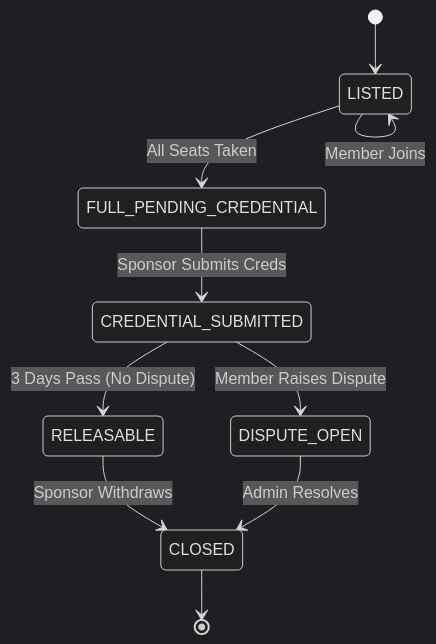
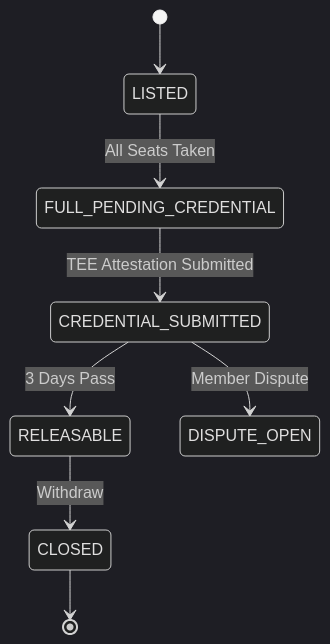
One commit to Easycoder-lin/CHU changed the second of 2 diagrams in apps/frontend/API_REQUIREMENTS.md. Above: the diagram before and after it, drawn with Mermaid (dark theme). The commit also changed other lines of this file, not shown here.

````diff
--- a/apps/frontend/API_REQUIREMENTS.md
+++ b/apps/frontend/API_REQUIREMENTS.md
@@ -169,12 +206,10 @@
 ```mermaid
 stateDiagram-v2
     [*] --> LISTED
-    LISTED --> LISTED: Member Joins
     LISTED --> FULL_PENDING_CREDENTIAL: All Seats Taken
-    FULL_PENDING_CREDENTIAL --> CREDENTIAL_SUBMITTED: Sponsor Submits Creds
-    CREDENTIAL_SUBMITTED --> RELEASABLE: 3 Days Pass (No Dispute)
-    CREDENTIAL_SUBMITTED --> DISPUTE_OPEN: Member Raises Dispute
-    RELEASABLE --> CLOSED: Sponsor Withdraws
-    DISPUTE_OPEN --> CLOSED: Admin Resolves
+    FULL_PENDING_CREDENTIAL --> CREDENTIAL_SUBMITTED: TEE Attestation Submitted
+    CREDENTIAL_SUBMITTED --> RELEASABLE: 3 Days Pass
+    CREDENTIAL_SUBMITTED --> DISPUTE_OPEN: Member Dispute
+    RELEASABLE --> CLOSED: Withdraw
     CLOSED --> [*]
 ```
````
